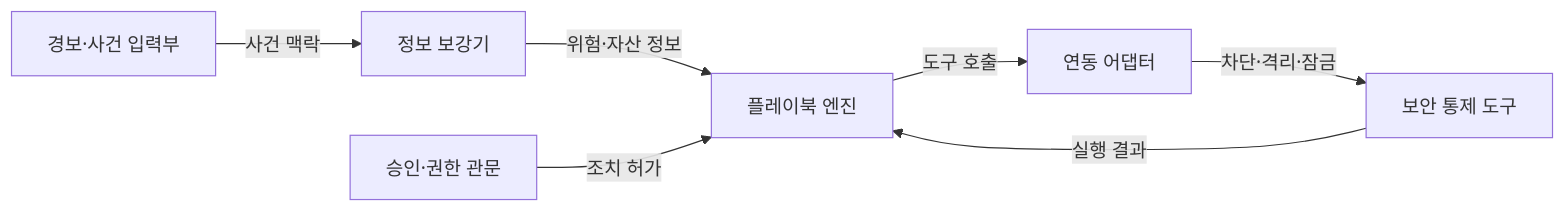
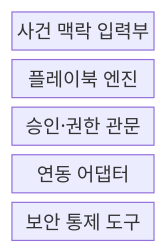
The first of 2 diagrams in src/content/docs/notes/04-network/094_soar.md (agnusdei1207/knowledge-base), drawn with Mermaid before and after one commit. The commit also changed other lines of this file and 21 other files, not shown here.

````diff
--- a/src/content/docs/notes/04-network/094_soar.md
+++ b/src/content/docs/notes/04-network/094_soar.md
@@ -54,9 +53,9 @@
 ```mermaid
-flowchart LR
-    A["경보·사건 입력부"] -->|사건 맥락| B["정보 보강기"]
-    B -->|위험·자산 정보| C["플레이북 엔진"]
-    D["승인·권한 관문"] -->|조치 허가| C
-    C -->|도구 호출| E["연동 어댑터"]
-    E -->|차단·격리·잠금| F["보안 통제 도구"]
-    F -->|실행 결과| C
+block-beta
+    columns 1
+    CONTEXT["사건 맥락 입력부"]
+    PLAYBOOK["플레이북 엔진"]
+    APPROVAL["승인·권한 관문"]
+    ADAPTER["연동 어댑터"]
+    TOOL["보안 통제 도구"]
 ```
````
